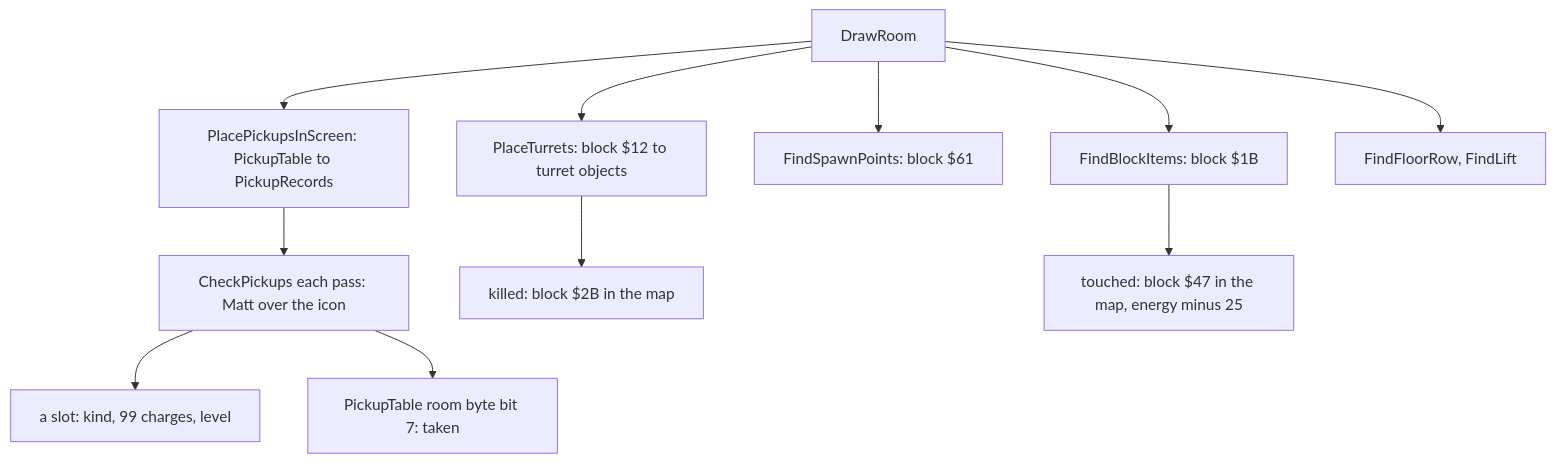
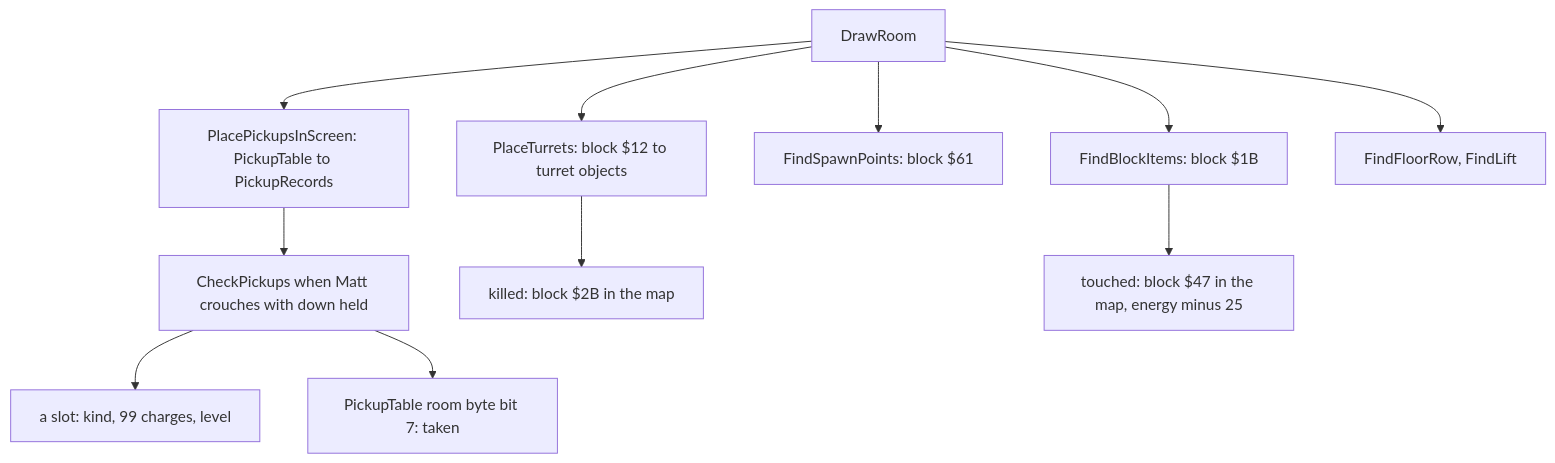
Before and after one commit to alfishe/unrealng-reverse-cases: the fifth of 12 diagrams in games/mask-iii/docs/07-objects.md, drawn with Mermaid. The commit also changed other lines of this file and 20 other files, not shown here.

````diff
--- a/games/mask-iii/docs/07-objects.md
+++ b/games/mask-iii/docs/07-objects.md
@@ -467,13 +468,13 @@
 ```mermaid
 flowchart TD
     D["DrawRoom"] --> P["PlacePickupsInScreen: PickupTable to PickupRecords"]
     D --> T["PlaceTurrets: block $12 to turret objects"]
     D --> S["FindSpawnPoints: block $61"]
     D --> B["FindBlockItems: block $1B"]
     D --> F["FindFloorRow, FindLift"]
-    P --> CP["CheckPickups each pass: Matt over the icon"]
+    P --> CP["CheckPickups when Matt crouches with down held"]
     CP --> SL["a slot: kind, 99 charges, level"]
     CP --> TK["PickupTable room byte bit 7: taken"]
     T --> KT["killed: block $2B in the map"]
     B --> TB["touched: block $47 in the map, energy minus 25"]
 ```
````
